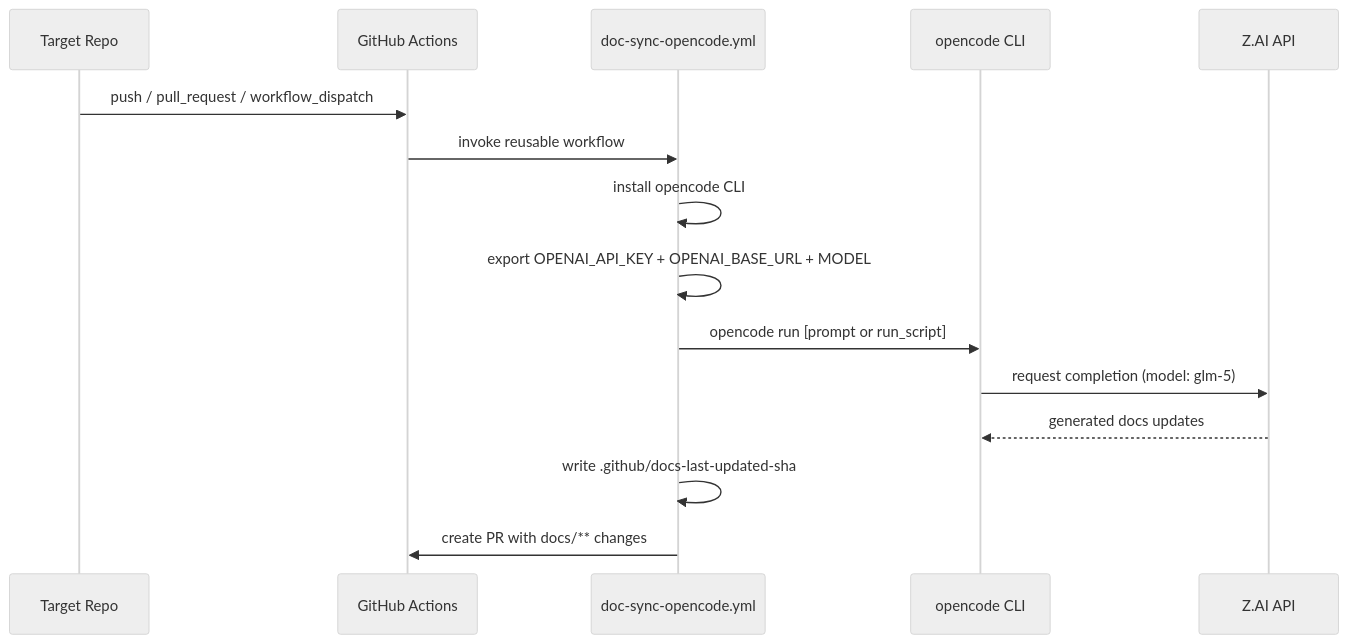
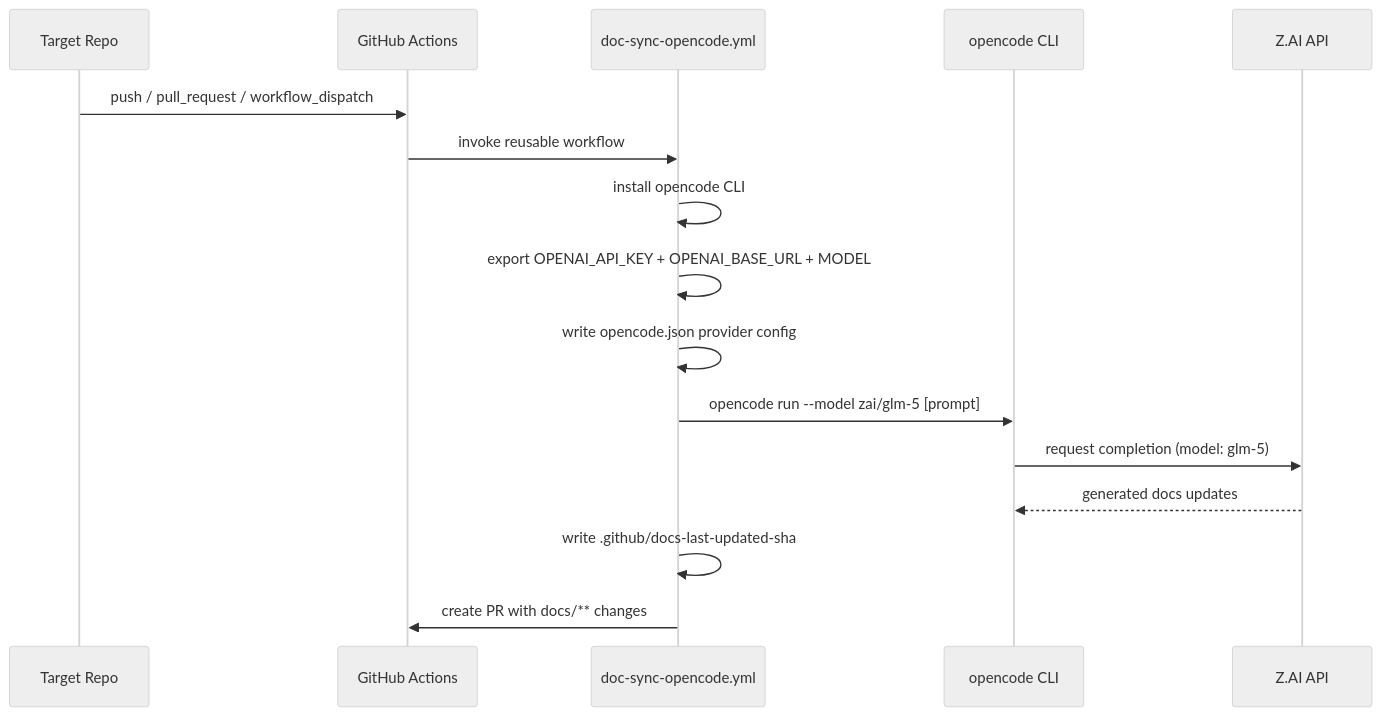
Before and after one commit to DefaceRoot/agentic-documentation: the diagram in docs/api.md, drawn with Mermaid (neutral theme). The commit also changed other lines of this file and 7 other files, not shown here.

````diff
--- a/docs/api.md
+++ b/docs/api.md
@@ -28,18 +36,19 @@
 ```mermaid
 sequenceDiagram
     participant Repo as Target Repo
     participant GH as GitHub Actions
     participant Hub as doc-sync-opencode.yml
     participant OC as opencode CLI
     participant API as Z.AI API
 
     Repo->>GH: push / pull_request / workflow_dispatch
     GH->>Hub: invoke reusable workflow
     Hub->>Hub: install opencode CLI
     Hub->>Hub: export OPENAI_API_KEY + OPENAI_BASE_URL + MODEL
-    Hub->>OC: opencode run [prompt or run_script]
+    Hub->>Hub: write opencode.json provider config
+    Hub->>OC: opencode run --model zai/glm-5 [prompt]
     OC->>API: request completion (model: glm-5)
     API-->>OC: generated docs updates
     Hub->>Hub: write .github/docs-last-updated-sha
     Hub->>GH: create PR with docs/** changes
 ```
````
